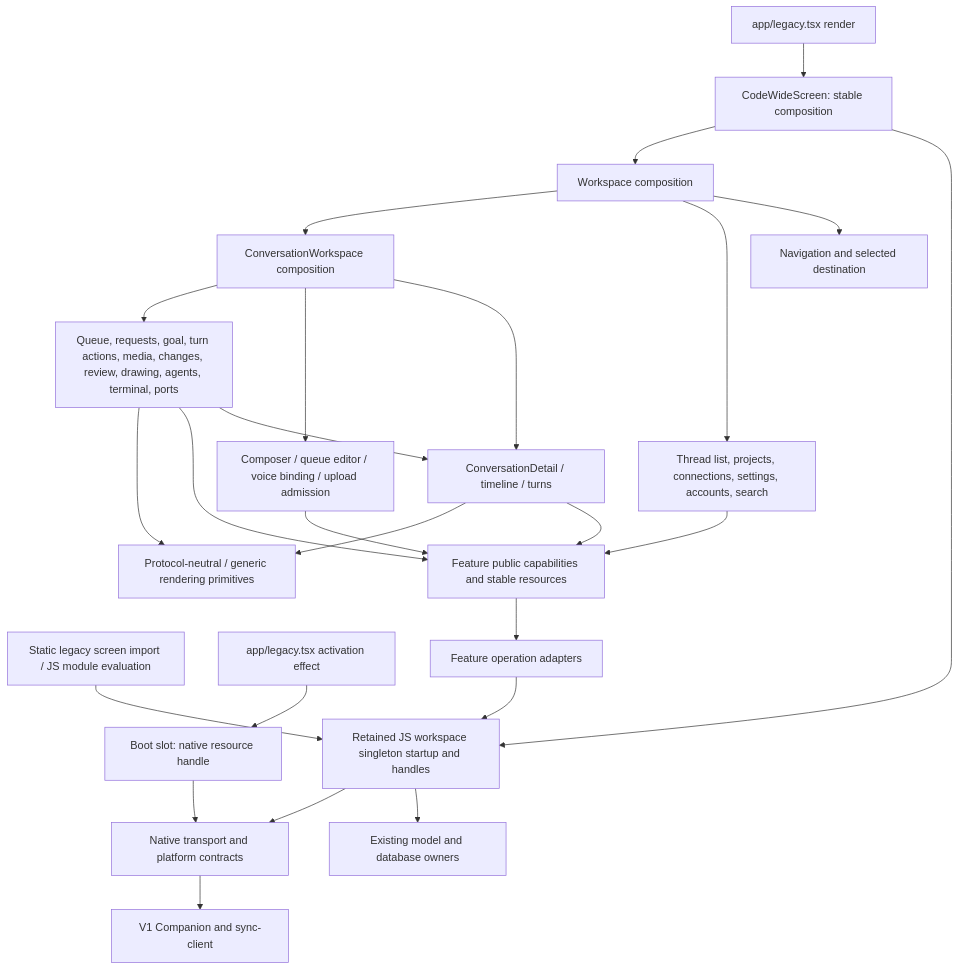
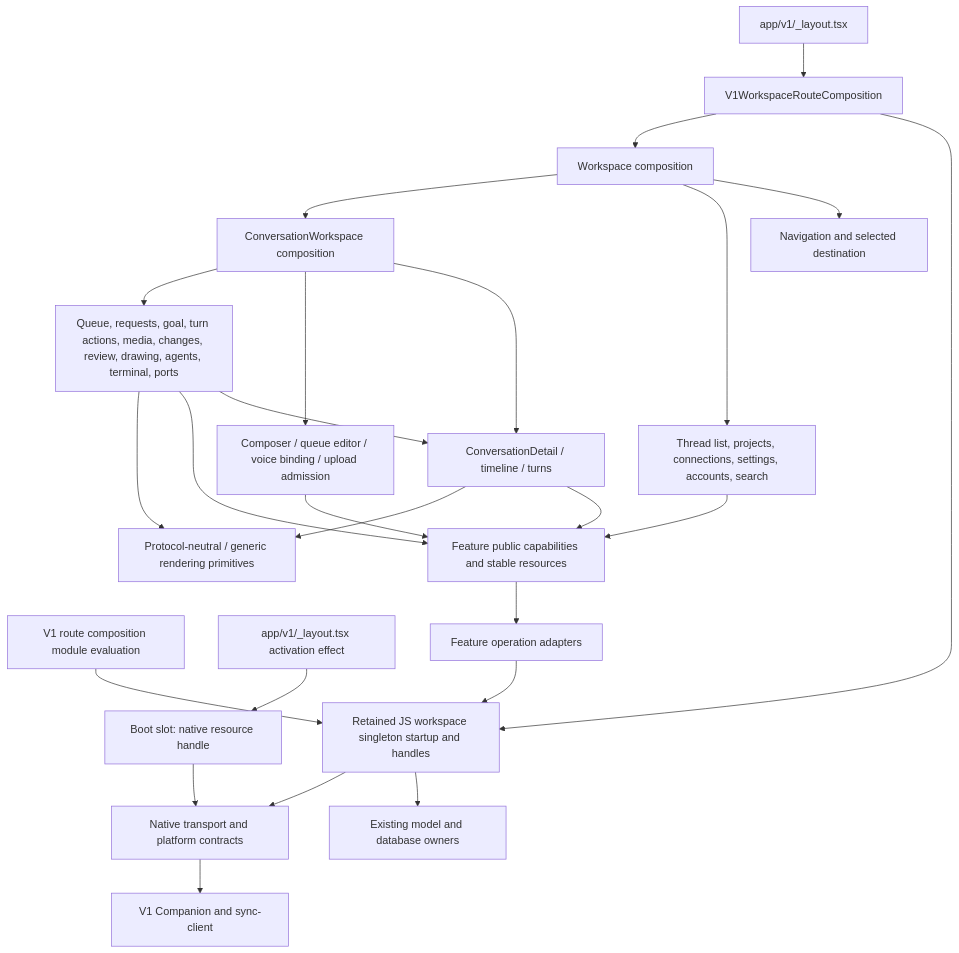
The third of 3 diagrams in docs/android-v1-feature-architecture.md (MrFlashAccount/CodeWide), drawn with Mermaid before and after one commit. The commit also changed other lines of this file and 269 other files, not shown here.

````diff
--- a/docs/android-v1-feature-architecture.md
+++ b/docs/android-v1-feature-architecture.md
@@ -182,27 +182,27 @@
 ```mermaid
 flowchart TB
-  Route[app/legacy.tsx render] --> Root[CodeWideScreen: stable composition]
-  Import[Static legacy screen import / JS module evaluation] --> Runtime[Retained JS workspace singleton startup and handles]
-  Effect[app/legacy.tsx activation effect] --> Slot[Boot slot: native resource handle]
+  Route[app/v1/_layout.tsx] --> Root[V1WorkspaceRouteComposition]
+  Import[V1 route composition module evaluation] --> Runtime[Retained JS workspace singleton startup and handles]
+  Effect[app/v1/_layout.tsx activation effect] --> Slot[Boot slot: native resource handle]
   Slot --> Native[Native transport and platform contracts]
   Root --> Runtime
   Root --> WS[Workspace composition]
   WS --> Nav[Navigation and selected destination]
   WS --> Lists[Thread list, projects, connections, settings, accounts, search]
   WS --> Conv[ConversationWorkspace composition]
   Conv --> Detail[ConversationDetail / timeline / turns]
   Conv --> Composer[Composer / queue editor / voice binding / upload admission]
   Conv --> Tools[Queue, requests, goal, turn actions, media, changes, review, drawing, agents, terminal, ports]
   Tools --> Detail
   Lists --> Caps[Feature public capabilities and stable resources]
   Composer --> Caps
   Detail --> Caps
   Tools --> Caps
   Caps --> Adapters[Feature operation adapters]
   Adapters --> Runtime
   Runtime --> Models[Existing model and database owners]
   Runtime --> Native[Native transport and platform contracts]
   Native --> Sync[V1 Companion and sync-client]
   Detail --> Rendering[Protocol-neutral / generic rendering primitives]
   Tools --> Rendering
 ```
````
